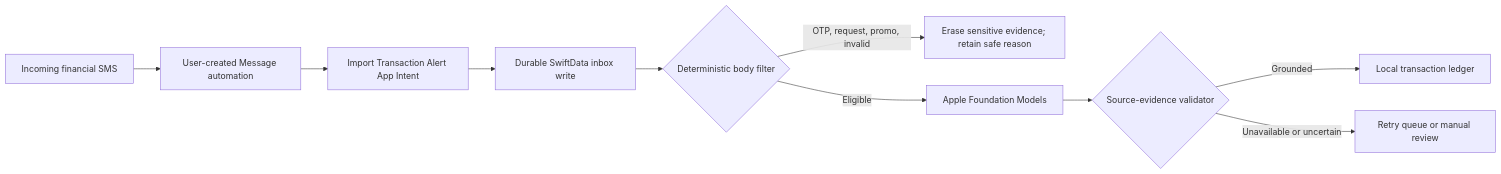
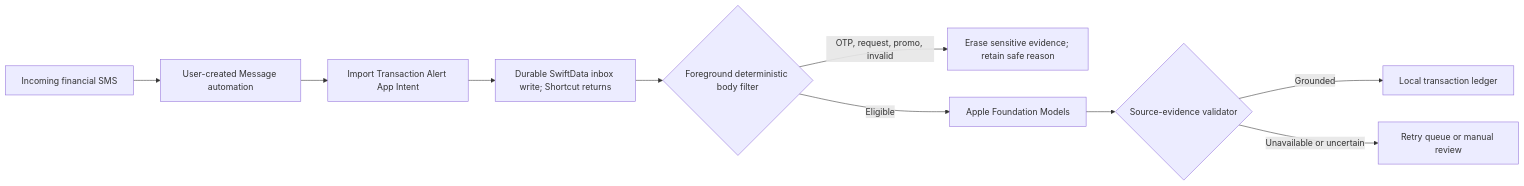
One commit to ManishAradwad/pocket-financer-ios changed the diagram in README.md. Above: the diagram before and after it, drawn with Mermaid. The commit also changed other lines of this file and 11 other files, not shown here.

````diff
--- a/README.md
+++ b/README.md
@@ -35,12 +35,12 @@
 ```mermaid
 flowchart LR
     A["Incoming financial SMS"] --> B["User-created Message automation"]
     B --> C["Import Transaction Alert App Intent"]
-    C --> D["Durable SwiftData inbox write"]
-    D --> E{"Deterministic body filter"}
+    C --> D["Durable SwiftData inbox write; Shortcut returns"]
+    D --> E{"Foreground deterministic body filter"}
     E -->|"OTP, request, promo, invalid"| F["Erase sensitive evidence; retain safe reason"]
     E -->|"Eligible"| G["Apple Foundation Models"]
     G --> H{"Source-evidence validator"}
     H -->|"Grounded"| I["Local transaction ledger"]
     H -->|"Unavailable or uncertain"| J["Retry queue or manual review"]
 ```
````
